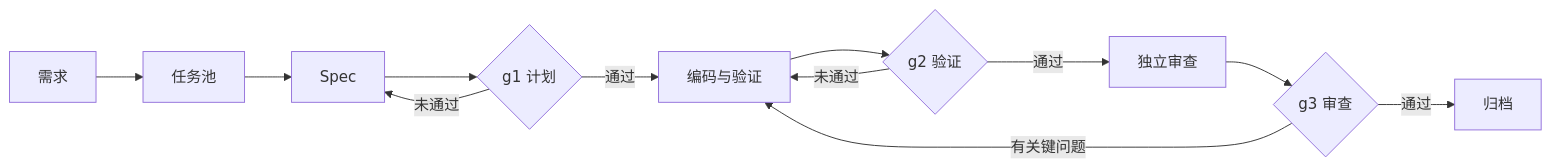
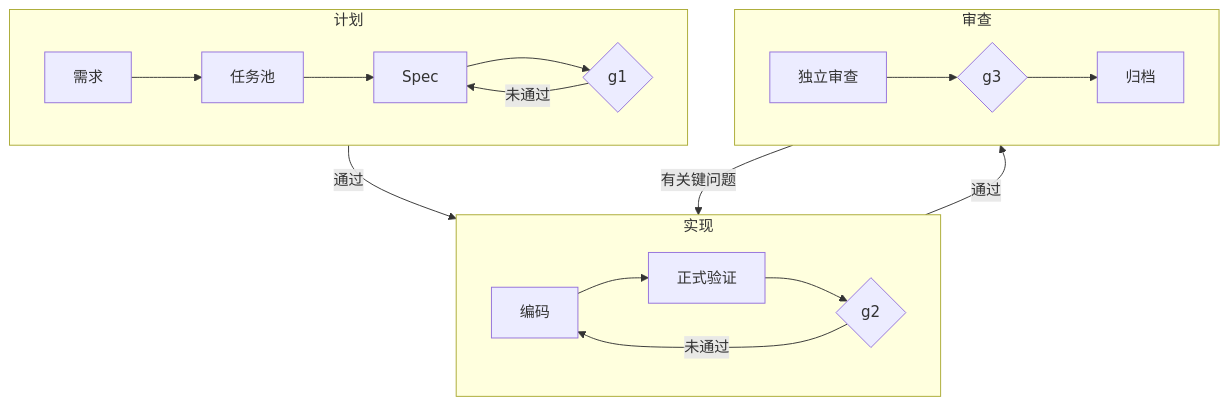
One commit to Alan-IFT/ai-harness-scaffold changed the first of 2 diagrams in README.md. Above: the diagram before and after it, drawn with Mermaid. The commit also changed 1 other file, not shown here.

Commit message:
docs: group the README workflow diagram into stages

````diff
--- a/README.md
+++ b/README.md
@@ -83,14 +83,20 @@
 ```mermaid
-flowchart LR
-    A["需求"] --> B["任务池"]
-    B --> C["Spec"]
-    C --> G1{"g1 计划"}
-    G1 -- 未通过 --> C
-    G1 -- 通过 --> D["编码与验证"]
-    D --> G2{"g2 验证"}
-    G2 -- 未通过 --> D
-    G2 -- 通过 --> R["独立审查"]
-    R --> G3{"g3 审查"}
-    G3 -- 有关键问题 --> D
-    G3 -- 通过 --> E["归档"]
+flowchart TB
+    subgraph P1["计划"]
+        direction LR
+        A["需求"] --> B["任务池"] --> C["Spec"] --> G1{"g1"}
+        G1 -- 未通过 --> C
+    end
+    subgraph P2["实现"]
+        direction LR
+        D["编码"] --> V["正式验证"] --> G2{"g2"}
+        G2 -- 未通过 --> D
+    end
+    subgraph P3["审查"]
+        direction LR
+        R["独立审查"] --> G3{"g3"} --> E["归档"]
+    end
+    P1 -- 通过 --> P2
+    P2 -- 通过 --> P3
+    P3 -- 有关键问题 --> P2
 ```
````
